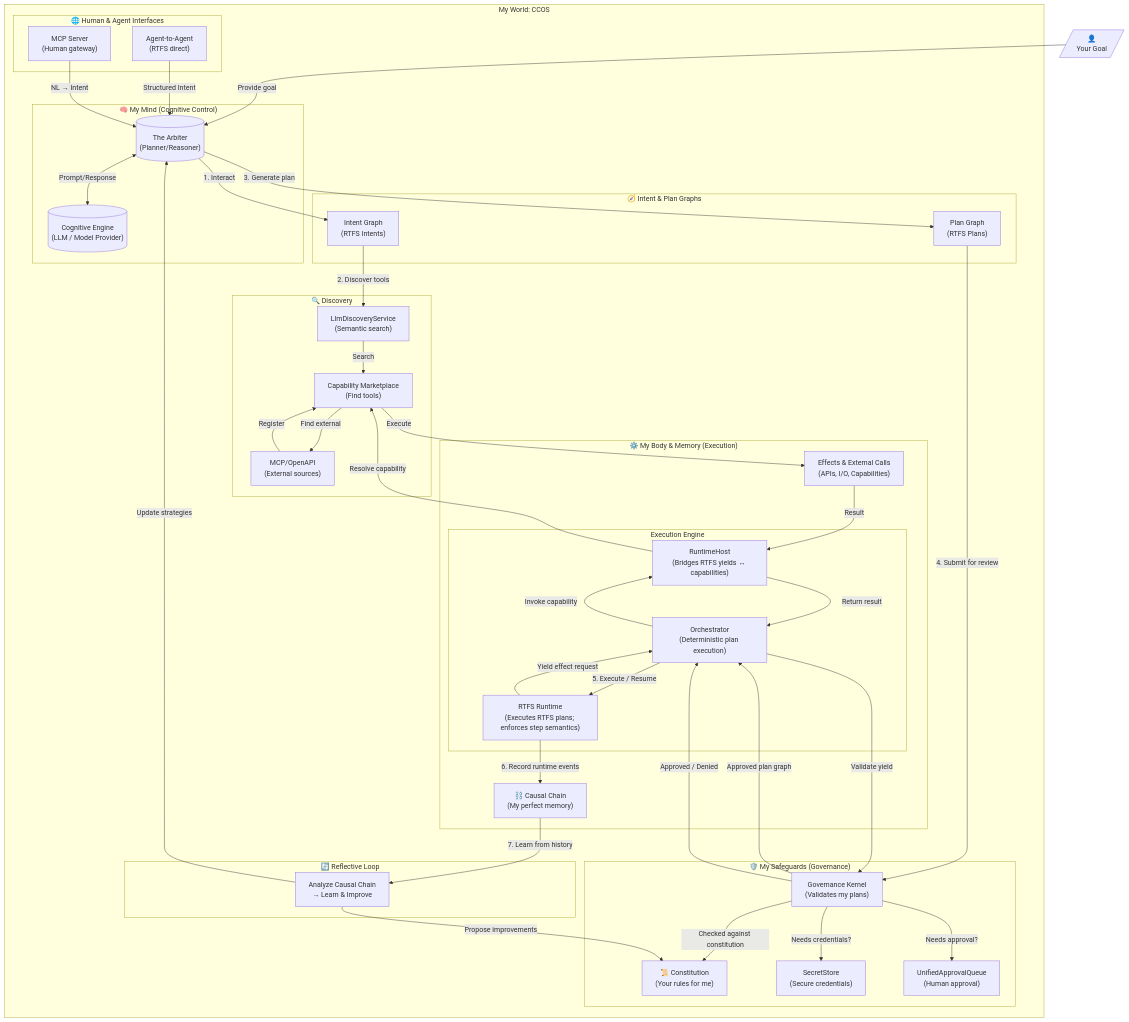
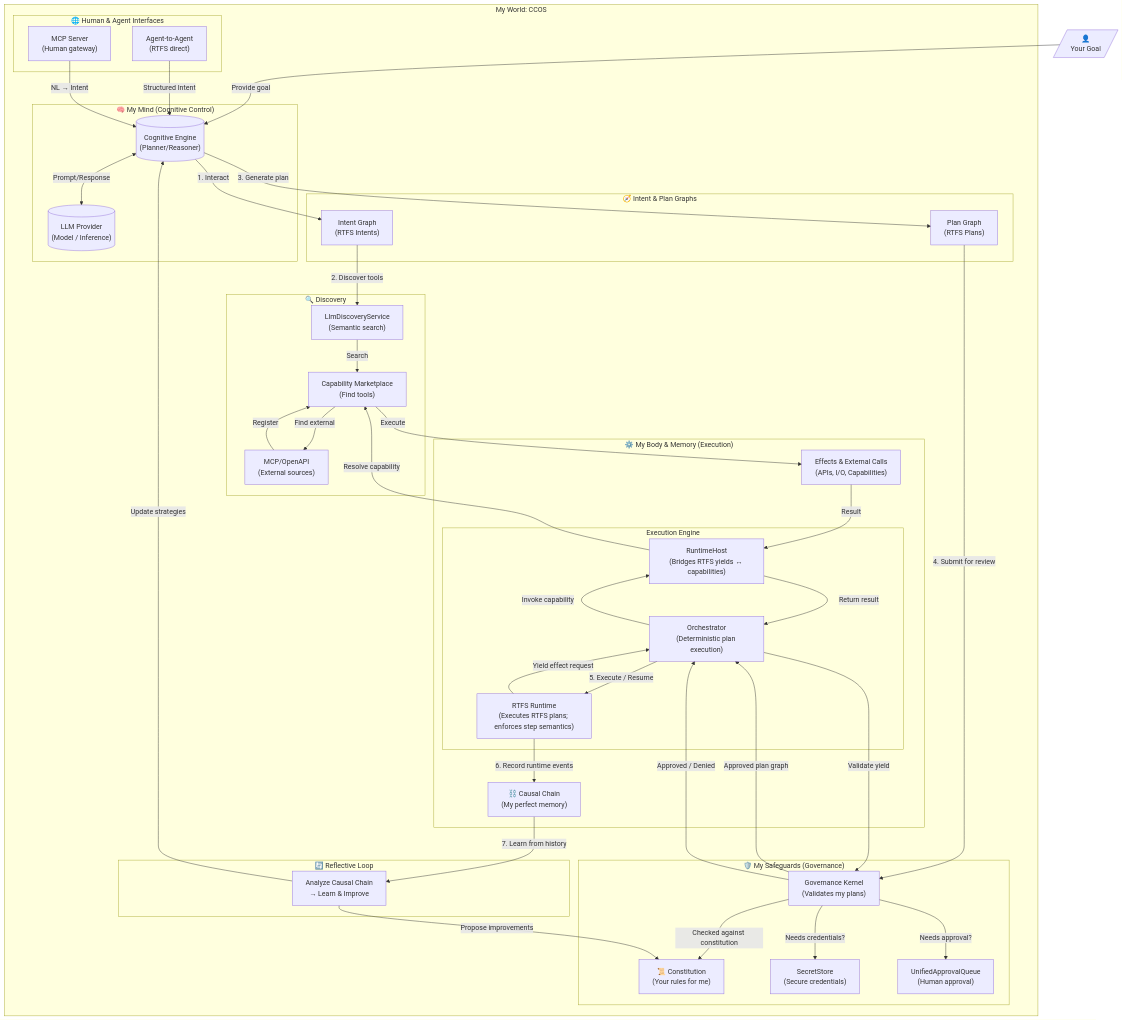
One commit to mandubian/ccos changed the diagram in README.md. Above: the diagram before and after it, drawn with Mermaid. The commit also changed other lines of this file and 36 other files, not shown here.

````diff
--- a/README.md
+++ b/README.md
@@ -145,79 +145,79 @@
 ```mermaid
 graph TD
     subgraph "My World: CCOS"
         subgraph "🧠 My Mind (Cognitive Control)"
-                A[("The Arbiter<br/>(Planner/Reasoner)")]
-                CE[("Cognitive Engine<br/>(LLM / Model Provider)")]
+                A[("Cognitive Engine<br/>(Planner/Reasoner)")]
+                CE[("LLM Provider<br/>(Model / Inference)")]
             end
 
         subgraph "🔍 Discovery"
                 D1["Capability Marketplace<br/>(Find tools)"]
                 D2["LlmDiscoveryService<br/>(Semantic search)"]
                 D3["MCP/OpenAPI<br/>(External sources)"]
             end
 
         subgraph "🛡️ My Safeguards (Governance)"
             K["Governance Kernel<br/>(Validates my plans)"]
             C["📜 Constitution<br/>(Your rules for me)"]
             S["SecretStore<br/>(Secure credentials)"]
             Q["UnifiedApprovalQueue<br/>(Human approval)"]
         end
 
         subgraph "🧭 Intent & Plan Graphs"
             IG["Intent Graph<br/>(RTFS Intents)"]
             PG["Plan Graph<br/>(RTFS Plans)"]
         end
 
         subgraph "⚙️ My Body & Memory (Execution)"
             subgraph "Execution Engine"
                 O["Orchestrator<br/>(Deterministic plan execution)"]
                 RH["RuntimeHost<br/>(Bridges RTFS yields ↔ capabilities)"]
                 RT["RTFS Runtime<br/>(Executes RTFS plans; enforces step semantics)"]
             end
             Effects["Effects & External Calls<br/>(APIs, I/O, Capabilities)"]
             CC["⛓️ Causal Chain<br/>(My perfect memory)"]
         end
 
         subgraph "🔄 Reflective Loop"
                 R["Analyze Causal Chain<br/>→ Learn & Improve"]
             end
 
         subgraph "🌐 Human & Agent Interfaces"
                 H["MCP Server<br/>(Human gateway)"]
                 AI["Agent-to-Agent<br/>(RTFS direct)"]
             end
     end
 
     U[/"👤<br/>Your Goal"/] --> |"Provide goal"| A
     AI --> |"Structured Intent"| A
     H --> |"NL → Intent"| A
 
     A <--> |"Prompt/Response"| CE
     A --> |"1. Interact"| IG
     IG --> |"2. Discover tools"| D2
     D2 --> |"Search"| D1
     D1 --> |"Find external"| D3
     D3 --> |"Register"| D1
 
     A --> |"3. Generate plan"| PG
     PG --> |"4. Submit for review"| K
     K --> |"Checked against constitution"| C
     K --> |"Needs credentials?"| S
     K --> |"Needs approval?"| Q
     K --> |"Approved plan graph"| O
 
     O --> |"5. Execute / Resume"| RT
     RT --> |"Yield effect request"| O
     O --> |"Validate yield"| K
     K --> |"Approved / Denied"| O
     O --> |"Invoke capability"| RH
     RH --> |"Resolve capability"| D1
     D1 --> |"Execute"| Effects
     Effects --> |"Result"| RH
     RH --> |"Return result"| O
     RT --> |"6. Record runtime events"| CC
 
     CC --> |"7. Learn from history"| R
     R --> |"Update strategies"| A
     R --> |"Propose improvements"| C
 ```
````
